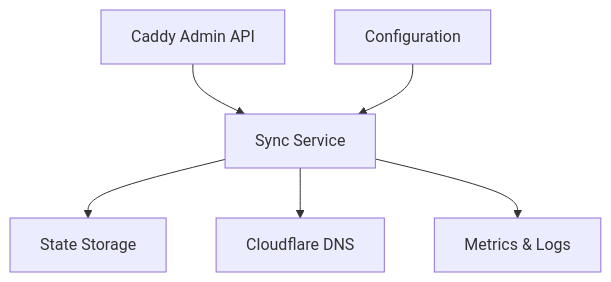
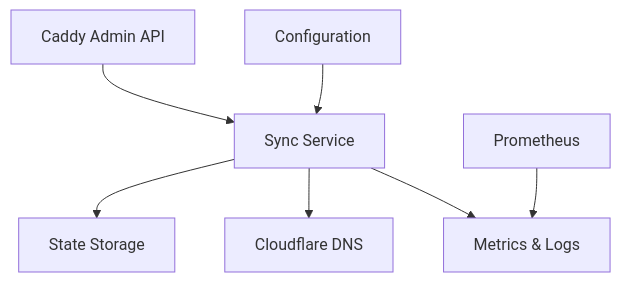
One commit to evanofslack/caddy-dns-sync changed the diagram in docs/aider/project.md. Above: the diagram before and after it, drawn with Mermaid. The commit also changed other lines of this file and 3 other files, not shown here.

````diff
--- a/docs/aider/project.md
+++ b/docs/aider/project.md
@@ -19,8 +20,9 @@
 ```mermaid
 graph TD
     A[Caddy Admin API] --> B[Sync Service]
     B --> C[State Storage]
     B --> D[Cloudflare DNS]
     E[Configuration] --> B
     B --> F[Metrics & Logs]
+    G[Prometheus] --> F
 ```
````
